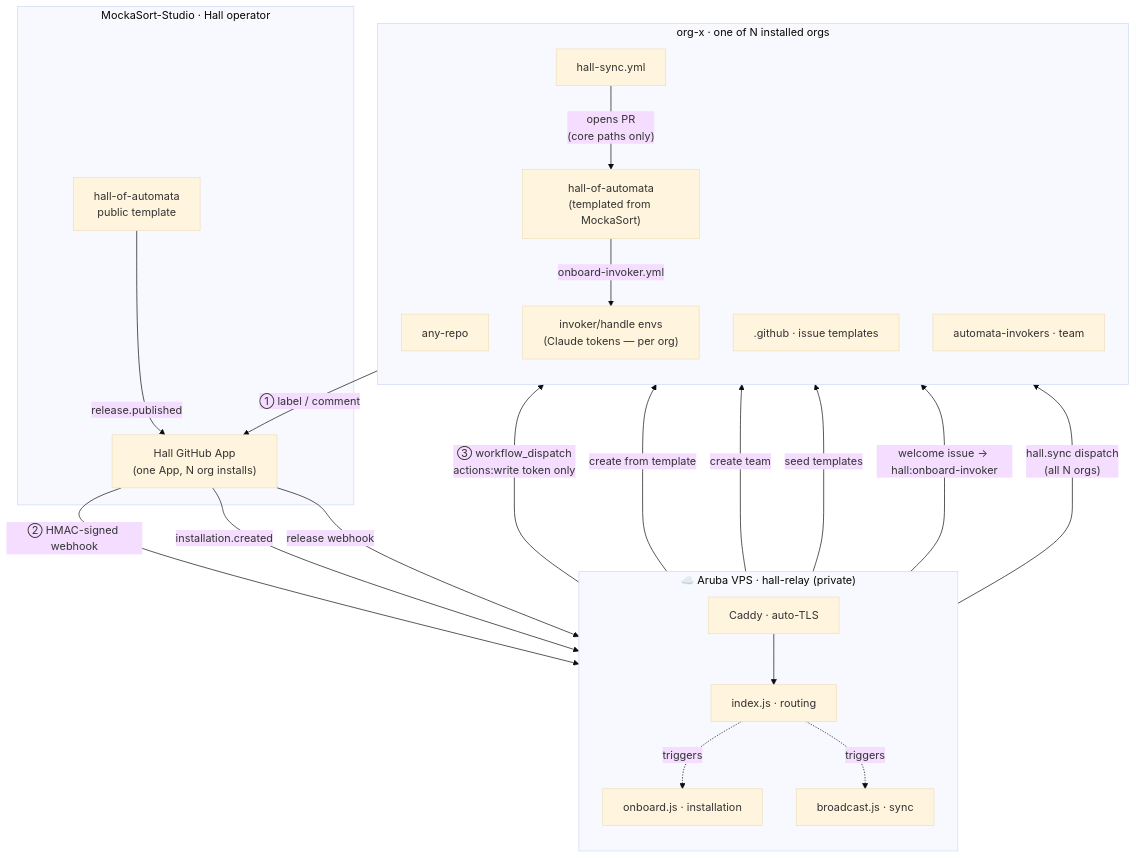
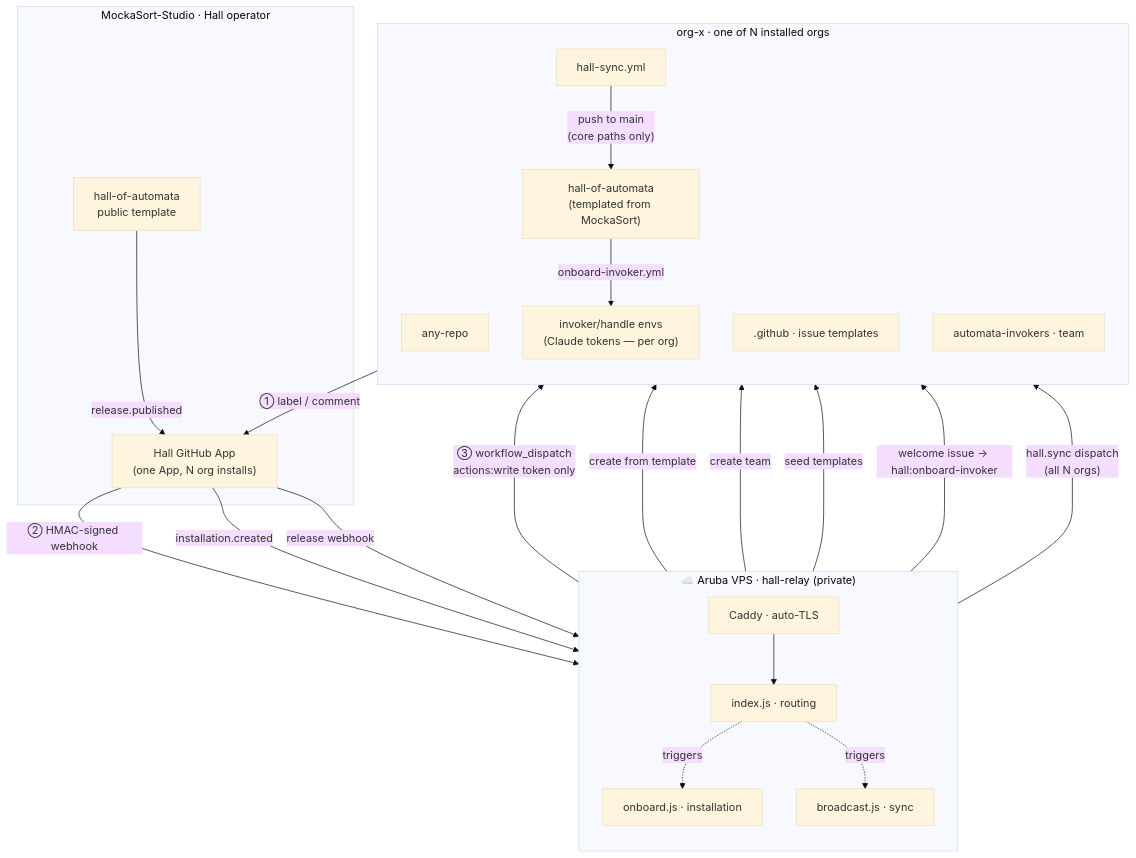
The diagram in FEDERATION_PLAN.md (MockaSort-Studio/hall-of-automata), drawn with Mermaid (base theme) before and after one commit. The commit also changed other lines of this file, not shown here.

First line of the commit message:
docs(plan): correct sync description to direct push; update status

````diff
--- a/FEDERATION_PLAN.md
+++ b/FEDERATION_PLAN.md
@@ -20,47 +20,47 @@
 ```mermaid
 graph TB
     subgraph aruba["☁️ Aruba VPS  ·  hall-relay (private)"]
         direction TB
         caddy["Caddy · auto-TLS"]
         relay["index.js · routing"]
         onboard["onboard.js · installation"]
         broadcast["broadcast.js · sync"]
         caddy --> relay
     end
 
     subgraph mocka["MockaSort-Studio · Hall operator"]
         app["Hall GitHub App\n(one App, N org installs)"]
         template["hall-of-automata\npublic template"]
     end
 
     subgraph orgx["org-x  ·  one of N installed orgs"]
         direction TB
         repo["any-repo"]
         hall["hall-of-automata\n(templated from MockaSort)"]
         dotgh[".github · issue templates"]
         team["automata-invokers · team"]
         invokers["invoker/handle envs\n(Claude tokens — per org)"]
         sync["hall-sync.yml"]
     end
 
     %% ── Steady-state routing ──────────────────────────────────────────
     repo -->|"① label / comment"| app
     app -->|"② HMAC-signed webhook"| caddy
     relay -->|"③ workflow_dispatch\nactions:write token only"| hall
 
     %% ── Installation flow ─────────────────────────────────────────────
     app -->|"installation.created"| caddy
     relay -.->|triggers| onboard
     onboard -->|"create from template"| hall
     onboard -->|"create team"| team
     onboard -->|"seed templates"| dotgh
     onboard -->|"welcome issue → hall:onboard-invoker"| hall
     hall -->|"onboard-invoker.yml"| invokers
 
     %% ── Sync flow ─────────────────────────────────────────────────────
     template -->|"release.published"| app
     app -->|"release webhook"| caddy
     relay -.->|triggers| broadcast
     broadcast -->|"hall.sync dispatch\n(all N orgs)"| sync
-    sync -->|"opens PR\n(core paths only)"| hall
+    sync -->|"push to main\n(core paths only)"| hall
 ```
````
